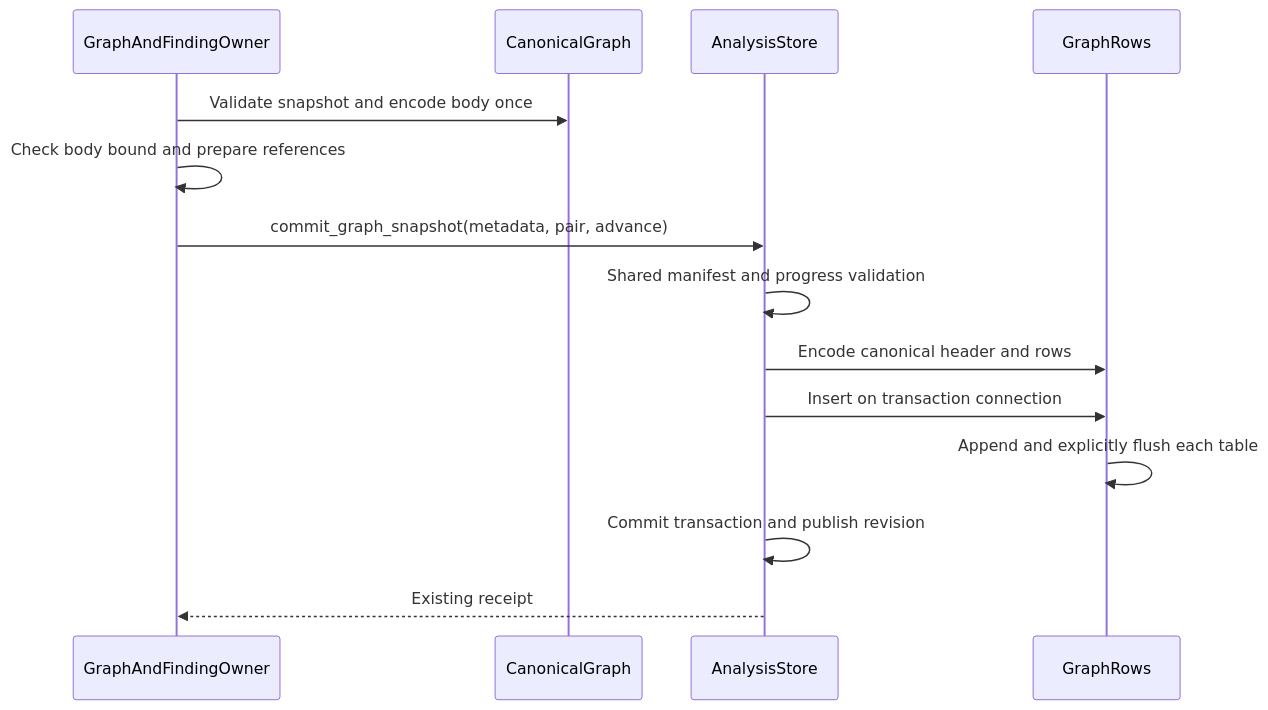
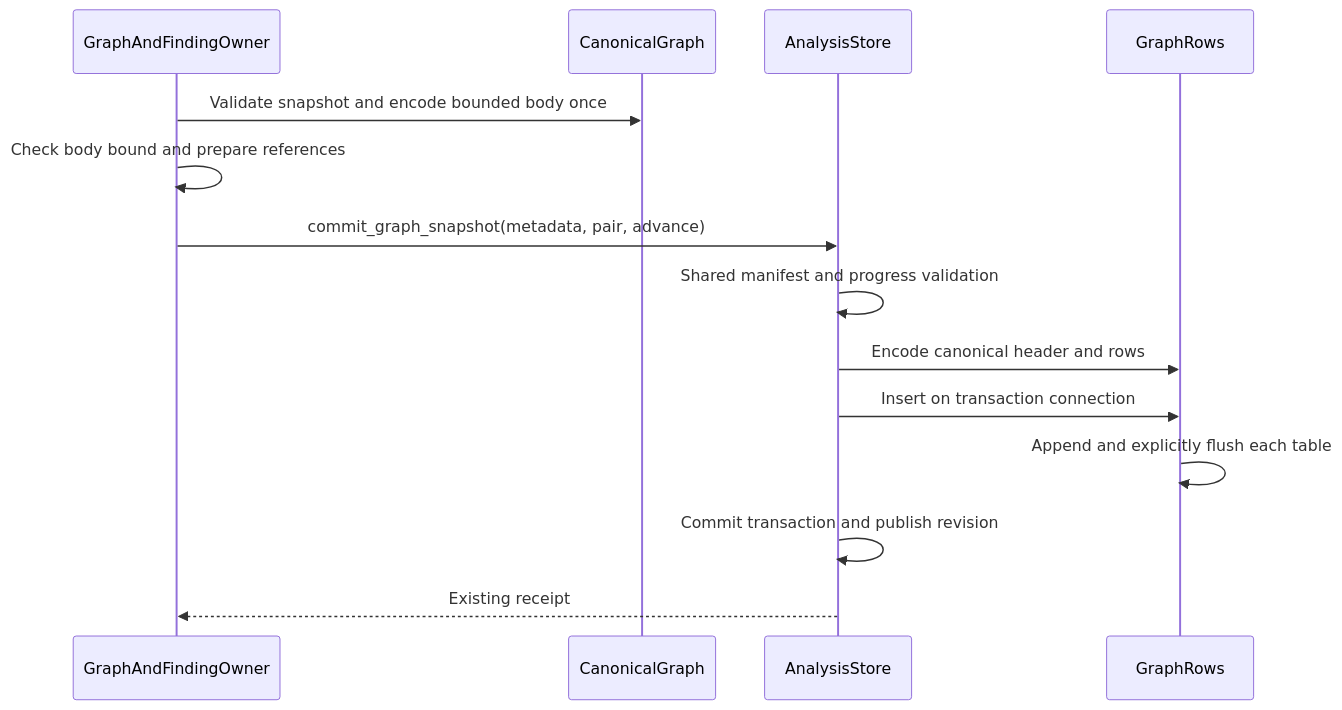
Before and after one commit to Ereborlabs/erebor-runtime: the first of 2 diagrams in docs/guides/araphor-graph-commit-review.md, drawn with Mermaid. The commit also changed other lines of this file and 3 other files, not shown here.

Commit message:
Record OCI and data flow qualification

````diff
--- a/docs/guides/araphor-graph-commit-review.md
+++ b/docs/guides/araphor-graph-commit-review.md
@@ -58,16 +63,16 @@
 ```mermaid
 sequenceDiagram
     participant Graph as GraphAndFindingOwner
     participant Pair as CanonicalGraph
     participant Store as AnalysisStore
     participant Rows as GraphRows
-    Graph->>Pair: Validate snapshot and encode body once
+    Graph->>Pair: Validate snapshot and encode bounded body once
     Graph->>Graph: Check body bound and prepare references
     Graph->>Store: commit_graph_snapshot(metadata, pair, advance)
     Store->>Store: Shared manifest and progress validation
     Store->>Rows: Encode canonical header and rows
     Store->>Rows: Insert on transaction connection
     Rows->>Rows: Append and explicitly flush each table
     Store->>Store: Commit transaction and publish revision
     Store-->>Graph: Existing receipt
 ```
````
